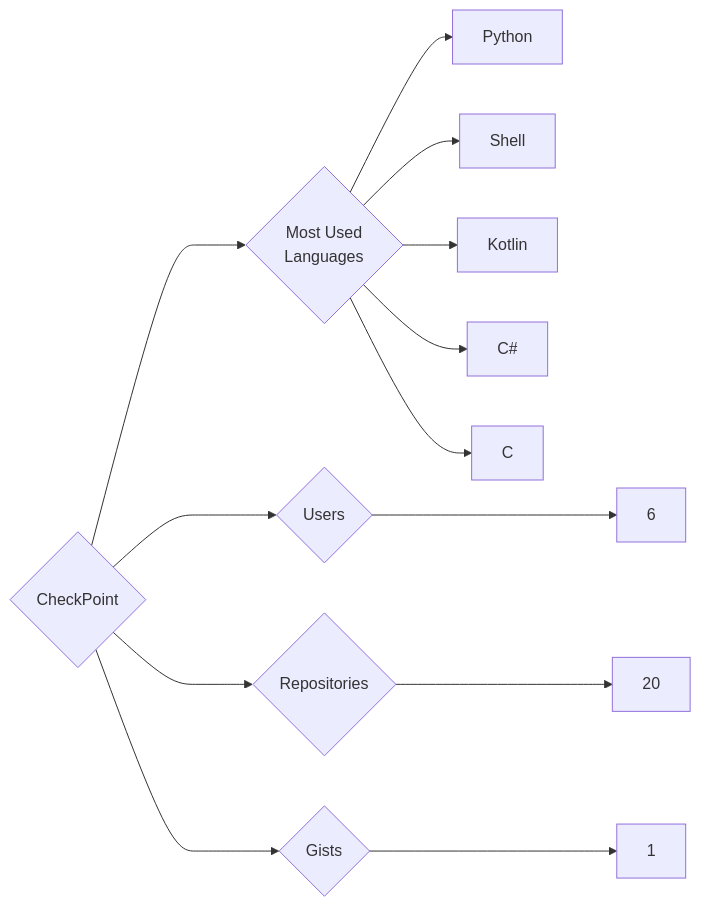
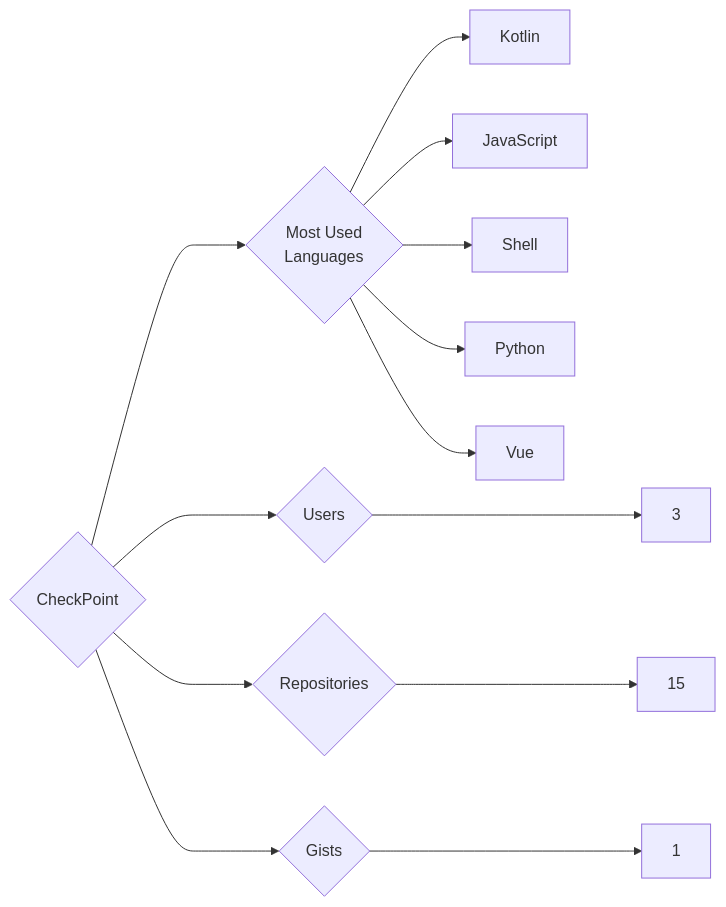
One commit to trickest/insiders changed the diagram in targets/CheckPoint/README.md. Above: the diagram before and after it, drawn with Mermaid. The commit also changed 1089 other files, not shown here.

````diff
--- a/targets/CheckPoint/README.md
+++ b/targets/CheckPoint/README.md
@@ -3,13 +3,13 @@
 ```mermaid
 graph LR
 COMPANY_NAME{CheckPoint}
-COMPANY_NAME ---> U{Users} ---> UN[6]
-COMPANY_NAME ---> R{Repositories} ---> RN[20]
+COMPANY_NAME ---> U{Users} ---> UN[3]
+COMPANY_NAME ---> R{Repositories} ---> RN[15]
 COMPANY_NAME ---> G{Gists} ---> GN[1]
 COMPANY_NAME ---> ML{Most Used<br>Languages}
+ML --> Kotlin[Kotlin]
+ML --> JavaScript[JavaScript]
+ML --> Shell[Shell]
 ML --> Python[Python]
-ML --> Shell[Shell]
-ML --> Kotlin[Kotlin]
-ML --> C#[C#]
-ML --> C[C]
+ML --> Vue[Vue]
 ```
````
